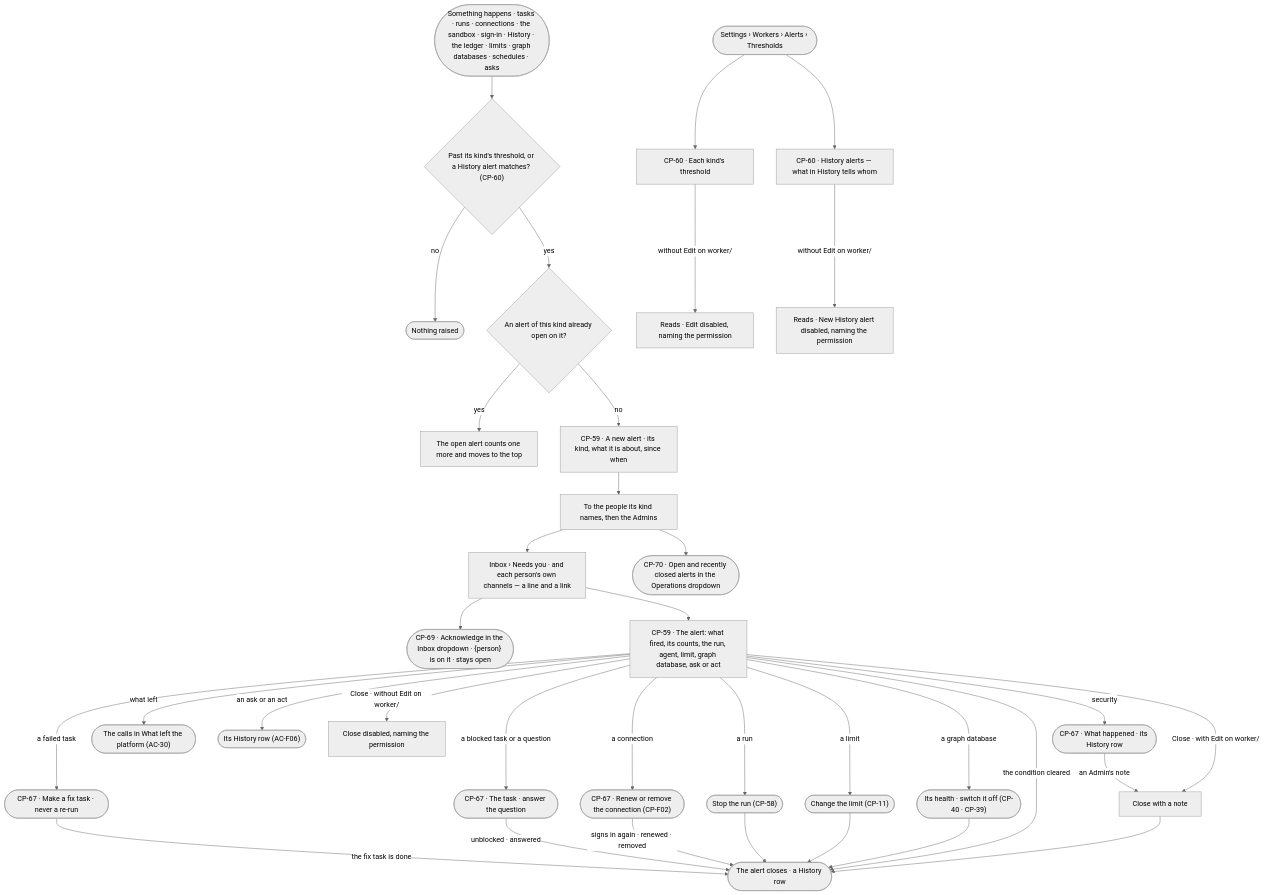
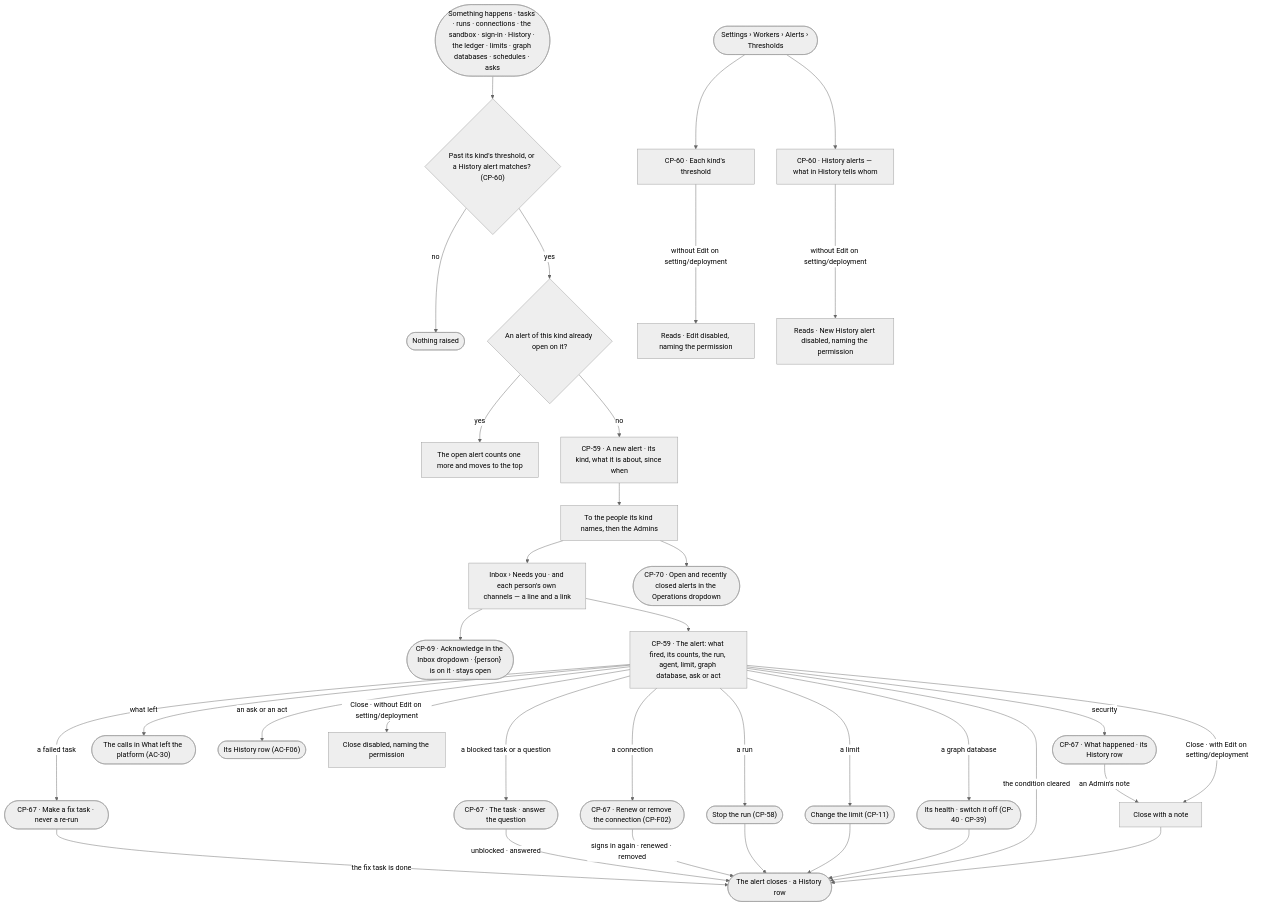
The first of 2 diagrams in specs/os/control/features/CP-F11-ops-alerting/feature.md (invana/invana), drawn with Mermaid (neutral theme) before and after one commit. The commit also changed other lines of this file and 13 other files, not shown here.

Commit message:
docs(specs): limits and ops alerts need Edit on Deployment settings

````diff
--- a/specs/os/control/features/CP-F11-ops-alerting/feature.md
+++ b/specs/os/control/features/CP-F11-ops-alerting/feature.md
@@ -29,36 +29,36 @@
 ```mermaid
 flowchart TD
   sig([Something happens · tasks · runs · connections · the sandbox · sign-in · History · the ledger · limits · graph databases · schedules · asks]) --> m{"Past its kind's threshold, or a History alert matches? (CP-60)"}
   m -->|no| q(["Nothing raised"])
   m -->|yes| open{"An alert of this kind already open on it?"}
   open -->|yes| inc["The open alert counts one more and moves to the top"]
   open -->|no| a["CP-59 · A new alert · its kind, what it is about, since when"]
   a --> rc["To the people its kind names, then the Admins"]
   rc --> ib["Inbox › Needs you · and each person's own channels — a line and a link"]
   ib --> ack(["CP-69 · Acknowledge in the Inbox dropdown · {person} is on it · stays open"])
   rc --> ops(["CP-70 · Open and recently closed alerts in the Operations dropdown"])
   ib --> view["CP-59 · The alert: what fired, its counts, the run, agent, limit, graph database, ask or act"]
   view -->|a run| stop(["Stop the run (CP-58)"])
   view -->|a failed task| fix(["CP-67 · Make a fix task · never a re-run"])
   view -->|a blocked task or a question| tk(["CP-67 · The task · answer the question"])
   view -->|a connection| cn(["CP-67 · Renew or remove the connection (CP-F02)"])
   view -->|security| sec(["CP-67 · What happened · its History row"])
   fix -->|the fix task is done| cl
   tk -->|unblocked · answered| cl
   cn -->|signs in again · renewed · removed| cl
   sec -->|an Admin's note| note
   view -->|a limit| lim(["Change the limit (CP-11)"])
   view -->|a graph database| gd(["Its health · switch it off (CP-40 · CP-39)"])
   view -->|what left| led(["The calls in What left the platform (AC-30)"])
   view -->|an ask or an act| hist(["Its History row (AC-F06)"])
   stop --> cl(["The alert closes · a History row"])
   lim --> cl
   gd --> cl
   view -->|the condition cleared| cl
-  view -->|Close · with Edit on worker/<group>| note["Close with a note"] --> cl
-  view -->|Close · without Edit on worker/<group>| nc["Close disabled, naming the permission"]
+  view -->|Close · with Edit on setting/deployment| note["Close with a note"] --> cl
+  view -->|Close · without Edit on setting/deployment| nc["Close disabled, naming the permission"]
   set([Settings › Workers › Alerts › Thresholds]) --> t["CP-60 · Each kind's threshold"]
-  t -->|without Edit on worker/<group>| ro["Reads · Edit disabled, naming the permission"]
+  t -->|without Edit on setting/deployment| ro["Reads · Edit disabled, naming the permission"]
   set --> ha["CP-60 · History alerts — what in History tells whom"]
-  ha -->|without Edit on worker/<group>| hro["Reads · New History alert disabled, naming the permission"]
+  ha -->|without Edit on setting/deployment| hro["Reads · New History alert disabled, naming the permission"]
 ```
````
